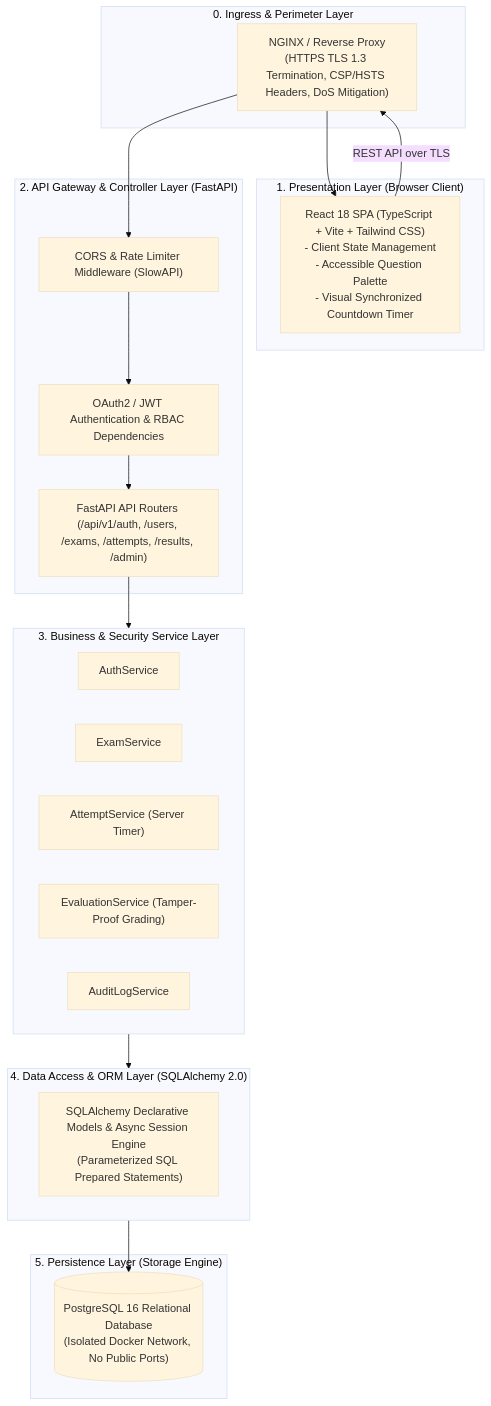
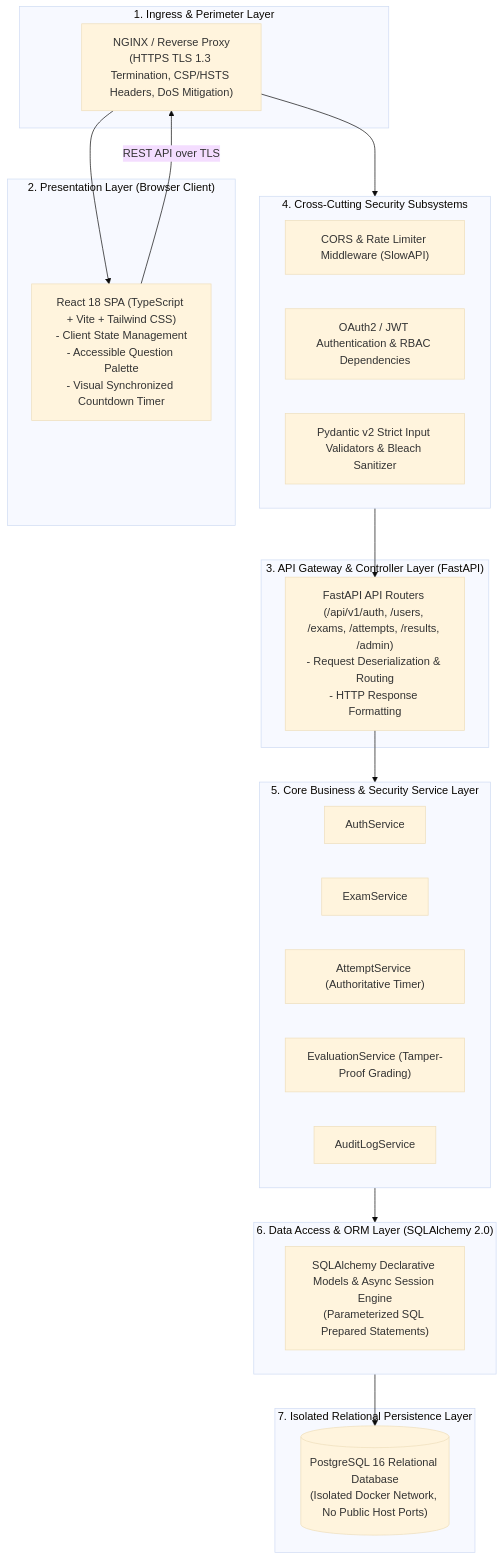
The first of 2 diagrams in docs/architecture.md (harshakarumudi/SecureExam), drawn with Mermaid (base theme) before and after one commit. The commit also changed other lines of this file, not shown here.

Commit message:
docs(arch): clarify 7 logical layers and tiers in architecture specification

````diff
--- a/docs/architecture.md
+++ b/docs/architecture.md
@@ -27,41 +37,44 @@
 ```mermaid
 flowchart TD
-    subgraph Layer0 ["0. Ingress & Perimeter Layer"]
+    subgraph Layer1 ["1. Ingress & Perimeter Layer"]
         ReverseProxy["NGINX / Reverse Proxy\n(HTTPS TLS 1.3 Termination, CSP/HSTS Headers, DoS Mitigation)"]
     end
 
-    subgraph Layer1 ["1. Presentation Layer (Browser Client)"]
+    subgraph Layer2 ["2. Presentation Layer (Browser Client)"]
         ReactApp["React 18 SPA (TypeScript + Vite + Tailwind CSS)\n- Client State Management\n- Accessible Question Palette\n- Visual Synchronized Countdown Timer"]
     end
 
-    subgraph Layer2 ["2. API Gateway & Controller Layer (FastAPI)"]
+    subgraph Layer3 ["3. API Gateway & Controller Layer (FastAPI)"]
+        APIRouters["FastAPI API Routers (/api/v1/auth, /users, /exams, /attempts, /results, /admin)\n- Request Deserialization & Routing\n- HTTP Response Formatting"]
+    end
+
+    subgraph Layer4 ["4. Cross-Cutting Security Subsystems"]
         CORS_RL["CORS & Rate Limiter Middleware (SlowAPI)"]
         AuthZ_Dep["OAuth2 / JWT Authentication & RBAC Dependencies"]
-        APIRouters["FastAPI API Routers (/api/v1/auth, /users, /exams, /attempts, /results, /admin)"]
+        Validator["Pydantic v2 Strict Input Validators & Bleach Sanitizer"]
     end
 
-    subgraph Layer3 ["3. Business & Security Service Layer"]
+    subgraph Layer5 ["5. Core Business & Security Service Layer"]
         AuthSvc["AuthService"]
         ExamSvc["ExamService"]
-        AttemptSvc["AttemptService (Server Timer)"]
+        AttemptSvc["AttemptService (Authoritative Timer)"]
         EvalSvc["EvaluationService (Tamper-Proof Grading)"]
         AuditSvc["AuditLogService"]
     end
 
-    subgraph Layer4 ["4. Data Access & ORM Layer (SQLAlchemy 2.0)"]
+    subgraph Layer6 ["6. Data Access & ORM Layer (SQLAlchemy 2.0)"]
         ORM["SQLAlchemy Declarative Models & Async Session Engine\n(Parameterized SQL Prepared Statements)"]
     end
 
-    subgraph Layer5 ["5. Persistence Layer (Storage Engine)"]
-        Postgres[("PostgreSQL 16 Relational Database\n(Isolated Docker Network, No Public Ports)")]
+    subgraph Layer7 ["7. Isolated Relational Persistence Layer"]
+        Postgres[("PostgreSQL 16 Relational Database\n(Isolated Docker Network, No Public Host Ports)")]
     end
 
     ReverseProxy --> ReactApp
     ReactApp -->|REST API over TLS| ReverseProxy
-    ReverseProxy --> CORS_RL
-    CORS_RL --> AuthZ_Dep
-    AuthZ_Dep --> APIRouters
-    APIRouters --> Layer3
-    Layer3 --> Layer4
-    Layer4 --> Postgres
+    ReverseProxy --> Layer4
+    Layer4 --> APIRouters
+    APIRouters --> Layer5
+    Layer5 --> Layer6
+    Layer6 --> Postgres
 ```
````
